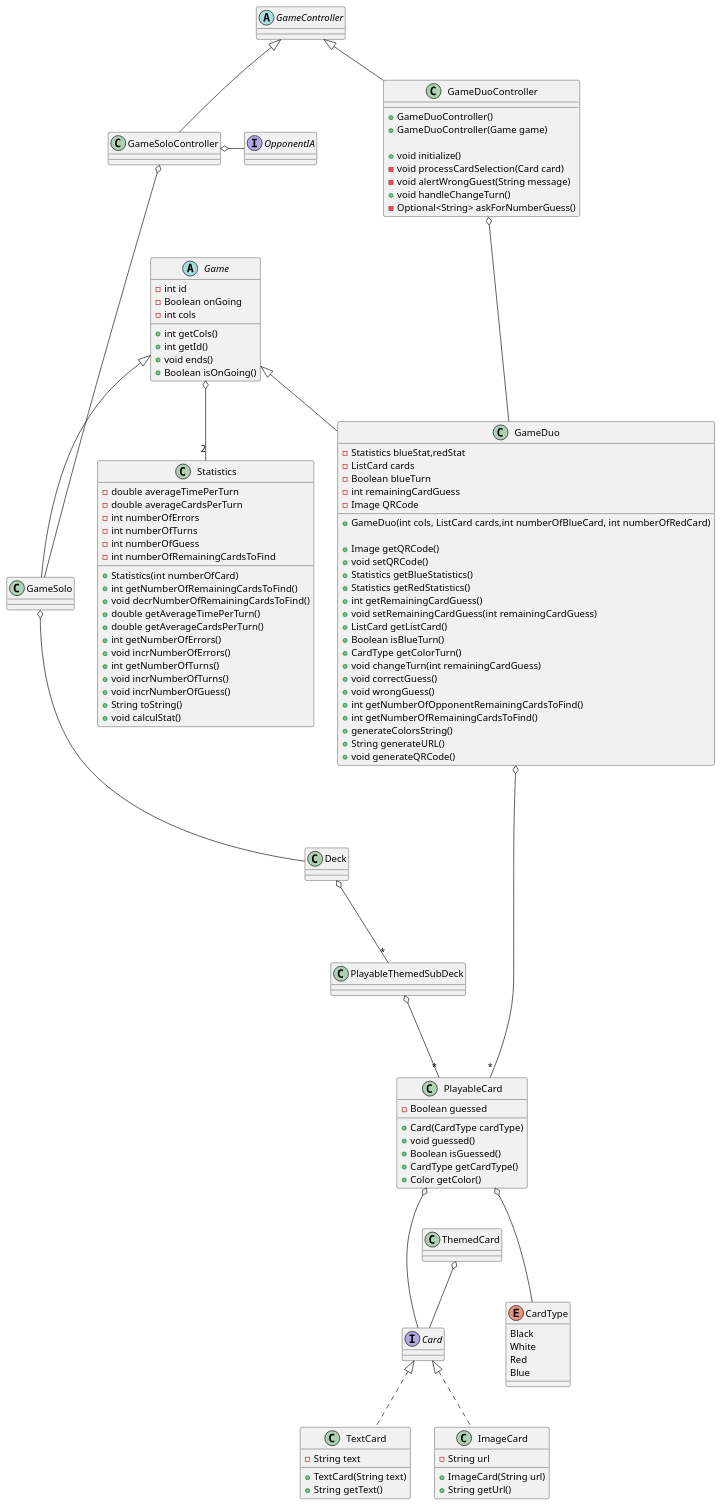
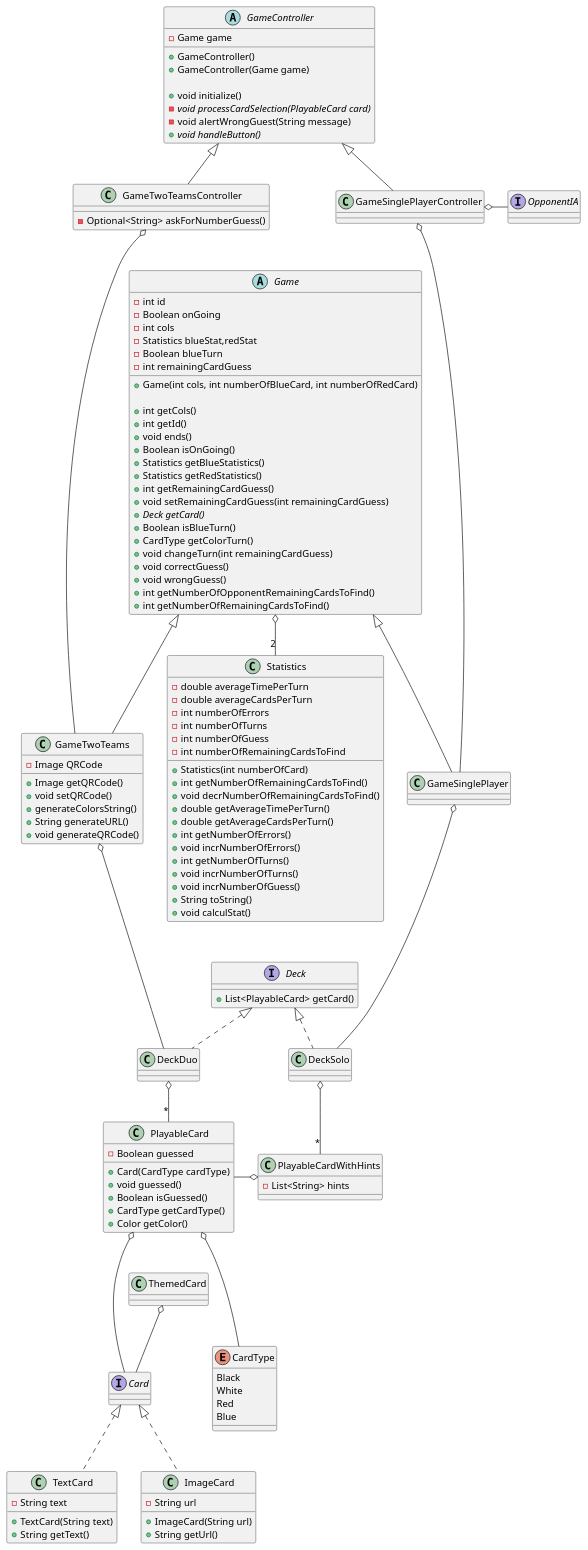
The diagram in classesBis.plantuml (nathanl0204/coding-week), drawn with PlantUML before and after one commit. The commit also changed 8 other files, not shown here.

Commit message:
revue du diagramme de classe

```diff
--- a/classesBis.plantuml
+++ b/classesBis.plantuml
@@ -1,149 +1,166 @@
 @startuml classes
 
 class ThemedCard
 
 ThemedCard o-- Card
 
 
 interface Card {
     
 }
 
 class TextCard implements Card {
     - String text
 
     + TextCard(String text)
     + String getText()
 }
 
 class ImageCard implements Card {
     - String url
 
     + ImageCard(String url)
     + String getUrl()
 }
 
 class PlayableCard {
     - Boolean guessed
 
     + Card(CardType cardType)
     + void guessed()
     + Boolean isGuessed()
     + CardType getCardType()
     + Color getColor()
 }
 
 PlayableCard o--- CardType
 PlayableCard o--- Card
 
 enum CardType {
     Black
     White
     Red
     Blue
 }
 
-class Deck
+interface Deck {
+    + List<PlayableCard> getCard()
+}
 
-Deck o--- "*" PlayableThemedSubDeck
+class DeckDuo implements Deck
 
-class PlayableThemedSubDeck
+class DeckSolo implements Deck
 
-PlayableThemedSubDeck o--- "*" PlayableCard
-GameDuo o--- "*" PlayableCard
+DeckDuo o-- "*" PlayableCard
+
+DeckSolo o-- "*" PlayableCardWithHints
+
+PlayableCard -o PlayableCardWithHints
+
+class PlayableCardWithHints {
+    - List<String> hints
+}
 
 abstract class GameController {
+    - Game game
+
+    + GameController()
+    + GameController(Game game)
+
+    + void initialize()
+    - {abstract} void processCardSelection(PlayableCard card)
+    - void alertWrongGuest(String message)
+    + {abstract} void handleButton()
+}
+
+class GameSinglePlayerController extends GameController {
 
 }
 
-class GameDuoController extends GameController {
-    + GameDuoController()
-    + GameDuoController(Game game)
-
-    + void initialize()
-    - void processCardSelection(Card card)
-    - void alertWrongGuest(String message)
-    + void handleChangeTurn()
+class GameTwoTeamsController extends GameController {
     - Optional<String> askForNumberGuess()
 }
 
 abstract class Game {
     - int id
     - Boolean onGoing
     - int cols
+    - Statistics blueStat,redStat
+    - Boolean blueTurn
+    - int remainingCardGuess
     
+    + Game(int cols, int numberOfBlueCard, int numberOfRedCard)
+
     + int getCols()
     + int getId()
     + void ends()
     + Boolean isOnGoing()
-}
-
-class GameDuo extends Game {
-    
-    - Statistics blueStat,redStat
-    - ListCard cards
-    - Boolean blueTurn
-    - int remainingCardGuess
-    - Image QRCode
-
-    + GameDuo(int cols, ListCard cards,int numberOfBlueCard, int numberOfRedCard)
-
-    + Image getQRCode()
-    + void setQRCode()
     + Statistics getBlueStatistics()
     + Statistics getRedStatistics()
     + int getRemainingCardGuess()
     + void setRemainingCardGuess(int remainingCardGuess)
-    + ListCard getListCard()
+    + {abstract} Deck getCard()
     + Boolean isBlueTurn()
     + CardType getColorTurn()
     + void changeTurn(int remainingCardGuess)
     + void correctGuess()
     + void wrongGuess()
     + int getNumberOfOpponentRemainingCardsToFind()
     + int getNumberOfRemainingCardsToFind()
+
+}
+
+class GameTwoTeams extends Game {
+    - Image QRCode
+
+    + Image getQRCode()
+    + void setQRCode()
     + generateColorsString()
     + String generateURL()
     + void generateQRCode()
 }
 
-GameDuoController o--- GameDuo
+class GameSinglePlayer extends Game {
 
-class GameSolo extends Game
+}
 
-GameSoloController o- OpponentIA
+GameTwoTeamsController o--- GameTwoTeams
+
+GameSinglePlayerController o- OpponentIA
 
 interface OpponentIA
 
-GameSoloController o--- GameSolo
+GameSinglePlayerController o--- GameSinglePlayer
 
-class GameSoloController extends GameController
+GameSinglePlayer o--- DeckSolo
 
-GameSolo o--- Deck
+GameTwoTeams o--- DeckDuo
 
 Game o-- "2" Statistics
 
 class Statistics {
     - double averageTimePerTurn
     - double averageCardsPerTurn
     - int numberOfErrors
     - int numberOfTurns
     - int numberOfGuess
     - int numberOfRemainingCardsToFind
 
     + Statistics(int numberOfCard)
     + int getNumberOfRemainingCardsToFind()
     + void decrNumberOfRemainingCardsToFind()
     + double getAverageTimePerTurn()
     + double getAverageCardsPerTurn()
     + int getNumberOfErrors()
     + void incrNumberOfErrors()
     + int getNumberOfTurns()
     + void incrNumberOfTurns()
     + void incrNumberOfGuess()
     + String toString() 
     + void calculStat()
 
 }
 
+
+
 @enduml
```
